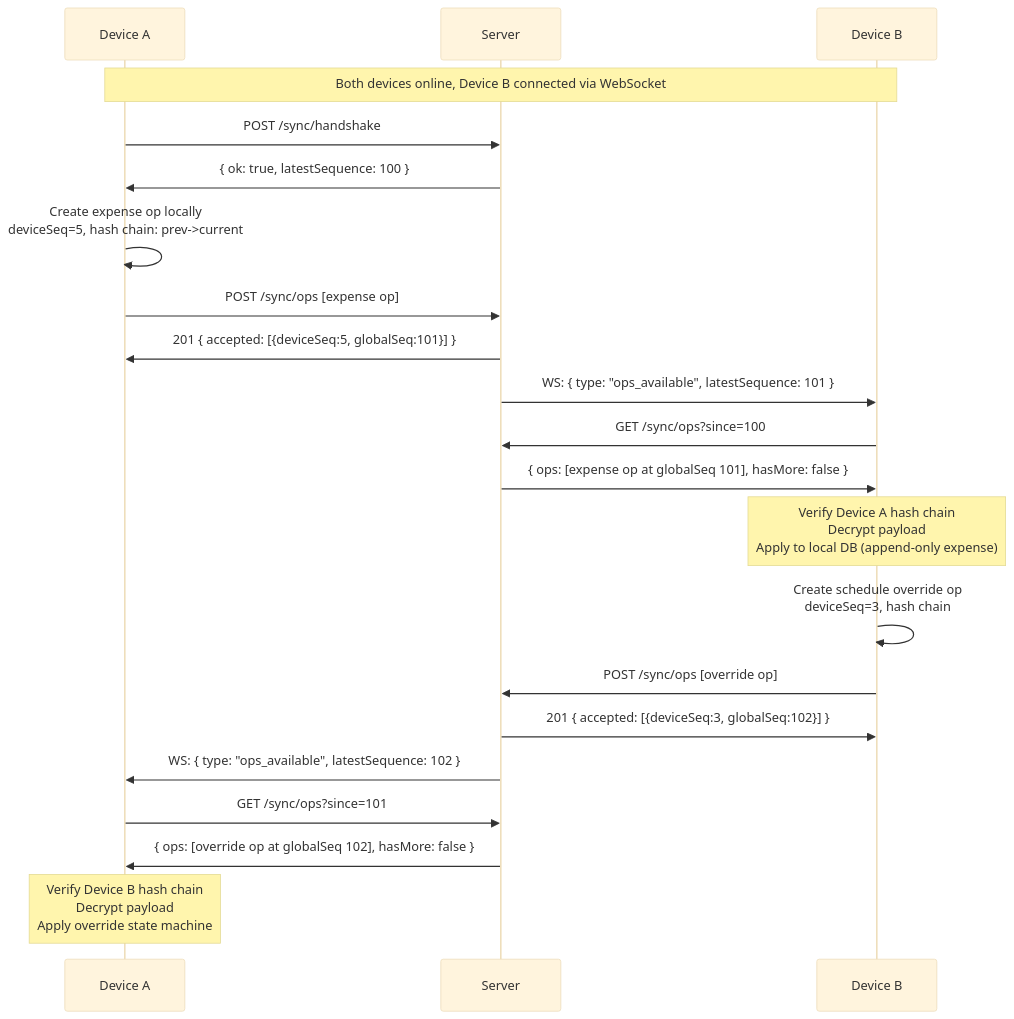
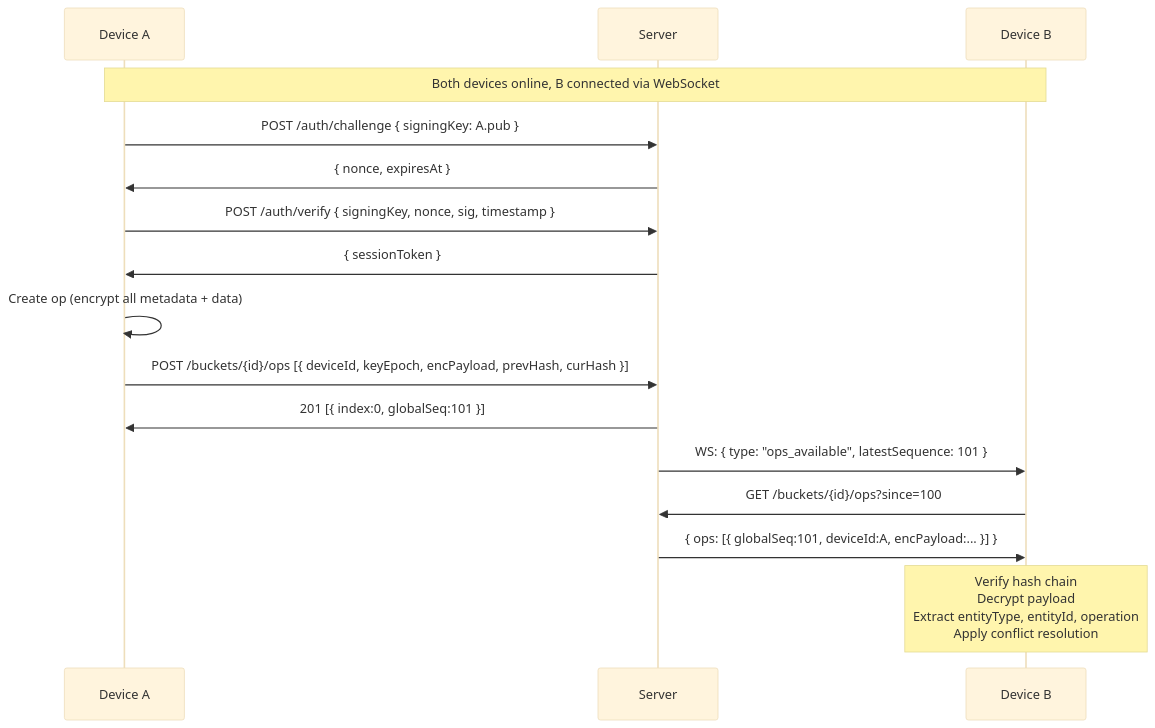
The first of 2 diagrams in docs/protocol/sync-protocol.md (CybotTM/kidsync), drawn with Mermaid (base theme) before and after one commit. The commit also changed other lines of this file and 3 other files, not shown here.

````diff
--- a/docs/protocol/sync-protocol.md
+++ b/docs/protocol/sync-protocol.md
@@ -1613,35 +1304,24 @@
 ```mermaid
 sequenceDiagram
     participant DA as Device A
     participant S as Server
     participant DB as Device B
 
-    Note over DA,DB: Both devices online, Device B connected via WebSocket
+    Note over DA,DB: Both devices online, B connected via WebSocket
 
-    DA->>S: POST /sync/handshake
-    S->>DA: { ok: true, latestSequence: 100 }
+    DA->>S: POST /auth/challenge { signingKey: A.pub }
+    S->>DA: { nonce, expiresAt }
+    DA->>S: POST /auth/verify { signingKey, nonce, sig, timestamp }
+    S->>DA: { sessionToken }
 
-    DA->>DA: Create expense op locally<br/>deviceSeq=5, hash chain: prev->current
-
-    DA->>S: POST /sync/ops [expense op]
-    S->>DA: 201 { accepted: [{deviceSeq:5, globalSeq:101}] }
+    DA->>DA: Create op (encrypt all metadata + data)
+    DA->>S: POST /buckets/{id}/ops [{ deviceId, keyEpoch, encPayload, prevHash, curHash }]
+    S->>DA: 201 [{ index:0, globalSeq:101 }]
 
     S->>DB: WS: { type: "ops_available", latestSequence: 101 }
 
-    DB->>S: GET /sync/ops?since=100
-    S->>DB: { ops: [expense op at globalSeq 101], hasMore: false }
+    DB->>S: GET /buckets/{id}/ops?since=100
+    S->>DB: { ops: [{ globalSeq:101, deviceId:A, encPayload:... }] }
 
-    Note over DB: Verify Device A hash chain<br/>Decrypt payload<br/>Apply to local DB (append-only expense)
-
-    DB->>DB: Create schedule override op<br/>deviceSeq=3, hash chain
-
-    DB->>S: POST /sync/ops [override op]
-    S->>DB: 201 { accepted: [{deviceSeq:3, globalSeq:102}] }
-
-    S->>DA: WS: { type: "ops_available", latestSequence: 102 }
-
-    DA->>S: GET /sync/ops?since=101
-    S->>DA: { ops: [override op at globalSeq 102], hasMore: false }
-
-    Note over DA: Verify Device B hash chain<br/>Decrypt payload<br/>Apply override state machine
+    Note over DB: Verify hash chain<br/>Decrypt payload<br/>Extract entityType, entityId, operation<br/>Apply conflict resolution
 ```
````
